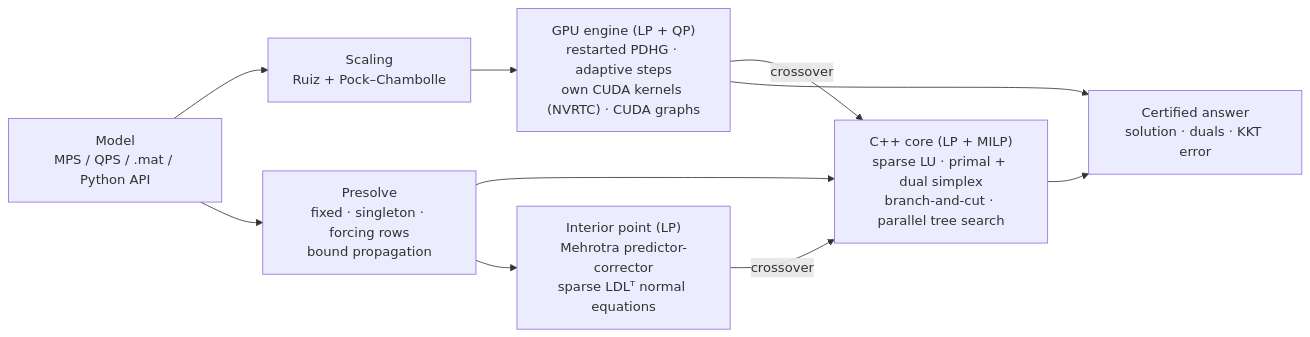
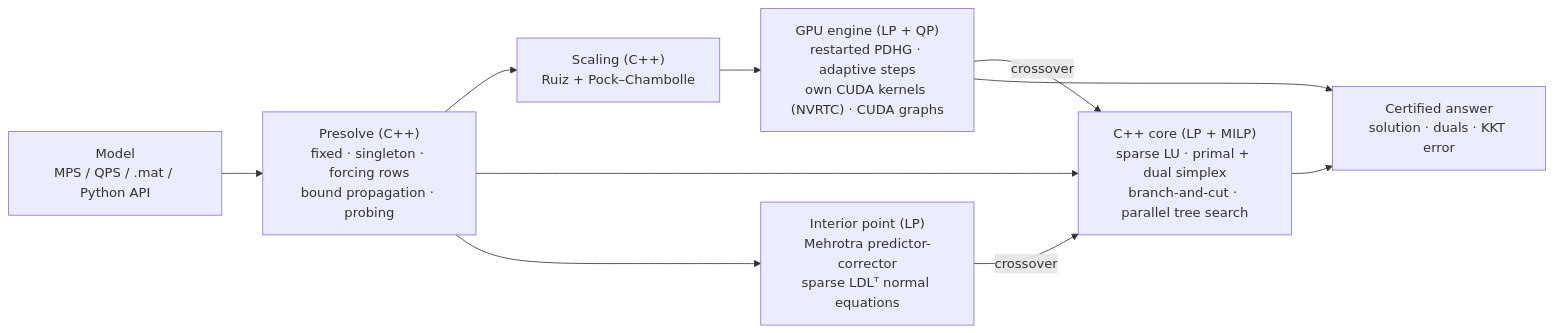
One commit to NAMAN-THAKUR-1944/SIH2026-SIH26119-SAMADHAN changed the diagram in README.md. Above: the diagram before and after it, drawn with Mermaid. The commit also changed other lines of this file and 12 other files, not shown here.

````diff
--- a/README.md
+++ b/README.md
@@ -121,12 +127,12 @@
 ```mermaid
 flowchart LR
-    A["Model<br/>MPS / QPS / .mat / Python API"] --> B["Scaling<br/>Ruiz + Pock–Chambolle"]
+    A["Model<br/>MPS / QPS / .mat / Python API"] --> P["Presolve (C++)<br/>fixed · singleton · forcing rows<br/>bound propagation · probing"]
+    P --> B["Scaling (C++)<br/>Ruiz + Pock–Chambolle"]
     B --> C["GPU engine (LP + QP)<br/>restarted PDHG · adaptive steps<br/>own CUDA kernels (NVRTC) · CUDA graphs"]
-    A --> P["Presolve<br/>fixed · singleton · forcing rows<br/>bound propagation"]
     P --> D["C++ core (LP + MILP)<br/>sparse LU · primal + dual simplex<br/>branch-and-cut · parallel tree search"]
     P --> I["Interior point (LP)<br/>Mehrotra predictor-corrector<br/>sparse LDLᵀ normal equations"]
     I -- crossover --> D
     C -- crossover --> D
     C --> E["Certified answer<br/>solution · duals · KKT error"]
     D --> E
 ```
````
